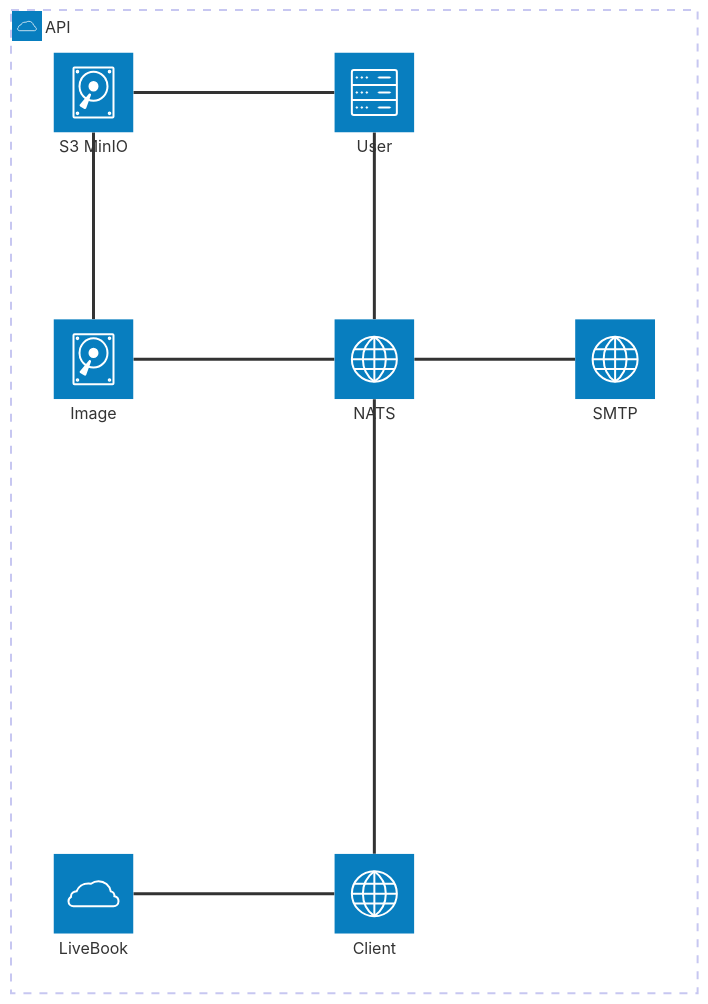
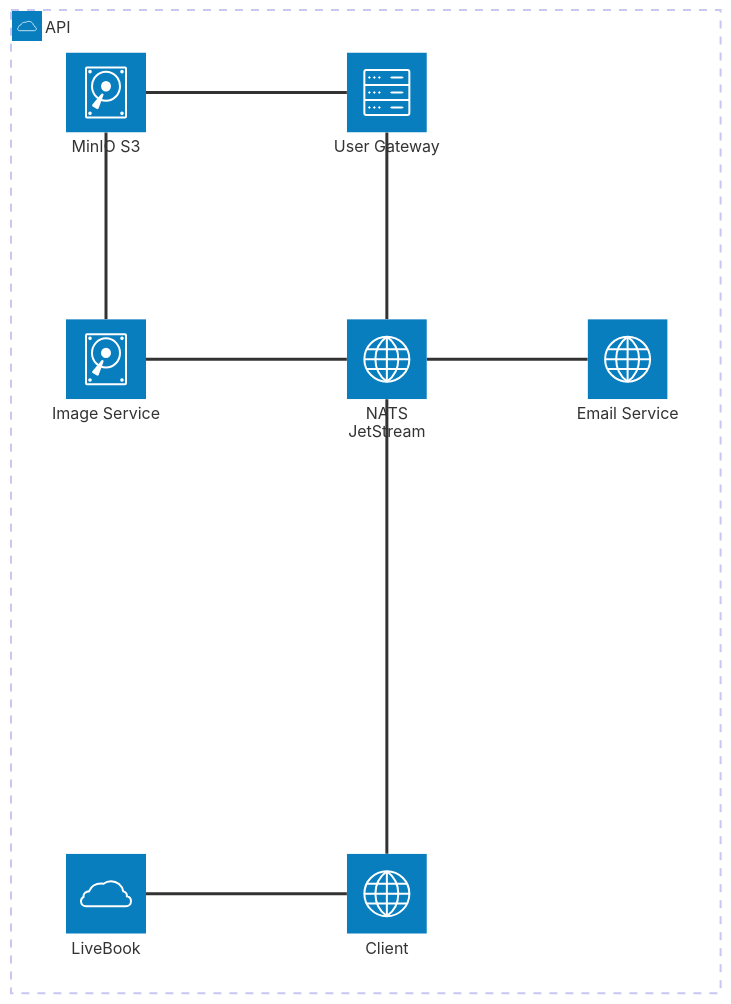
The first of 8 diagrams in README.md (dwyl/learn-elixir-microservices-with-natsio-and-opentelemetry), drawn with Mermaid before and after one commit. The commit also changed other lines of this file and 93 other files, not shown here.

````diff
--- a/README.md
+++ b/README.md
@@ -764,19 +178,19 @@
 ```mermaid
 architecture-beta
     service lvb(cloud)[LiveBook]
     group api(cloud)[API]
-    service nats(internet)[NATS] in api
+    service nats(internet)[NATS JetStream] in api
     service client(internet)[Client] in api
-    service s3(disk)[S3 MinIO] in api
-    service user(server)[User] in api
-    service email(internet)[SMTP] in api
-    service image(disk)[Image] in api
+    service s3(disk)[MinIO S3] in api
+    service user(server)[User Gateway] in api
+    service email(internet)[Email Service] in api
+    service image(disk)[Image Service] in api
 
     lvb:R -- L:client
     client:T -- B:nats
     image:R -- L:nats
     email:L -- R:nats
     nats:T -- B:user
     s3:R -- L:user
     image:T -- B:s3
 ```
````
